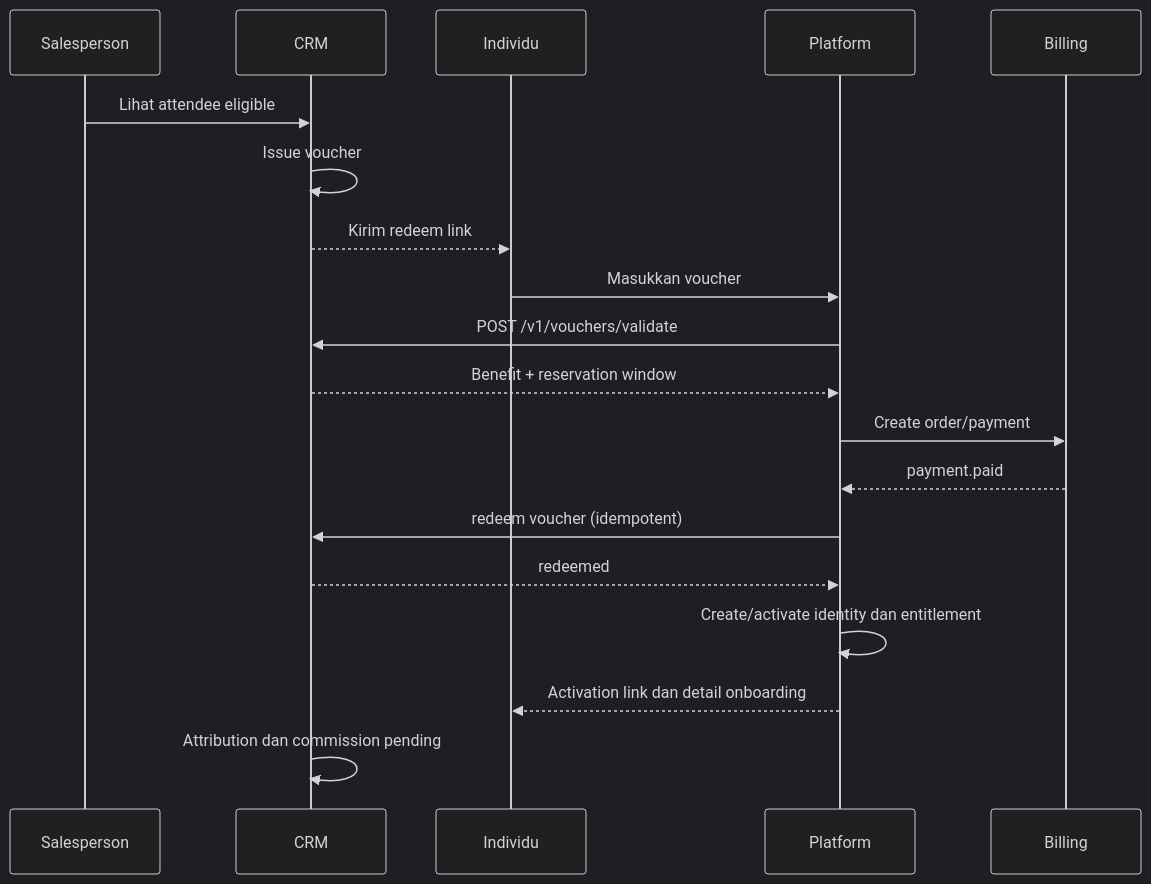
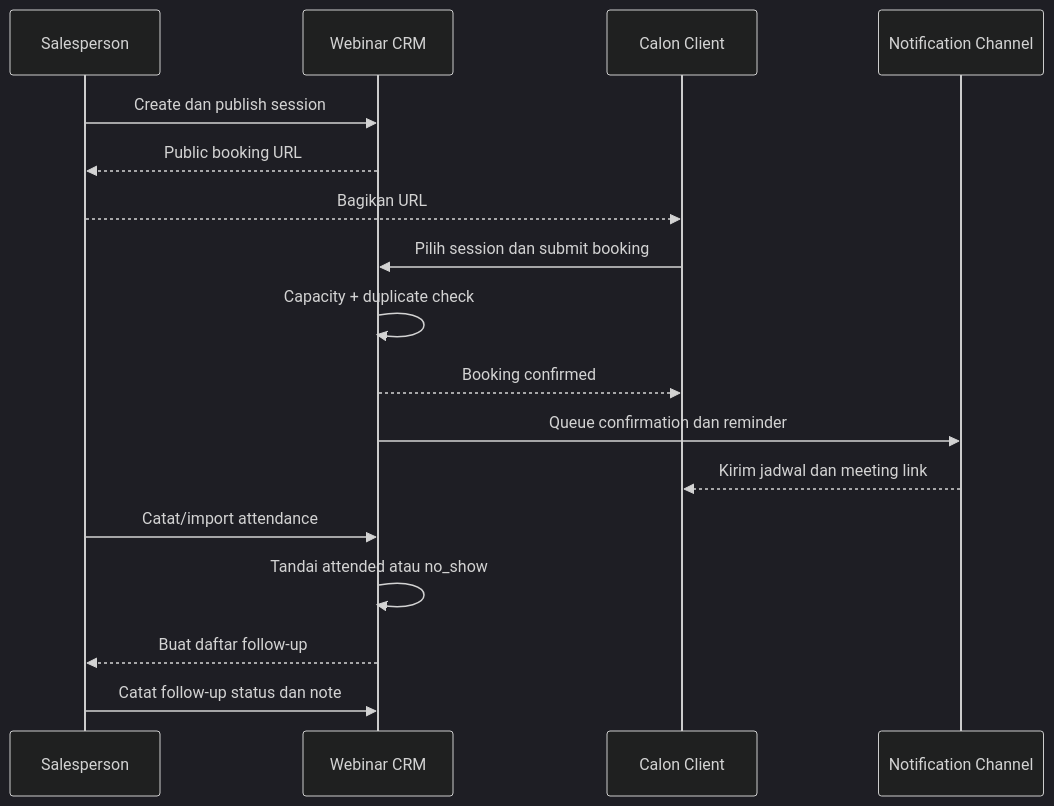
One commit to izestylusx/crm-sales-webinar-voucher changed the diagram in docs/02-mvp-scope-and-flows.md. Above: the diagram before and after it, drawn with Mermaid (dark theme). The commit also changed other lines of this file and 50 other files, not shown here.

````diff
--- a/docs/02-mvp-scope-and-flows.md
+++ b/docs/02-mvp-scope-and-flows.md
@@ -39,22 +55,20 @@
 ```mermaid
 sequenceDiagram
     participant SP as Salesperson
-    participant CRM as CRM
-    participant U as Individu
-    participant PLAT as Platform
-    participant BILL as Billing
+    participant CRM as Webinar CRM
+    participant C as Calon Client
+    participant N as Notification Channel
 
-    SP->>CRM: Lihat attendee eligible
-    CRM->>CRM: Issue voucher
-    CRM-->>U: Kirim redeem link
-    U->>PLAT: Masukkan voucher
-    PLAT->>CRM: POST /v1/vouchers/validate
-    CRM-->>PLAT: Benefit + reservation window
-    PLAT->>BILL: Create order/payment
-    BILL-->>PLAT: payment.paid
-    PLAT->>CRM: redeem voucher (idempotent)
-    CRM-->>PLAT: redeemed
-    PLAT->>PLAT: Create/activate identity dan entitlement
-    PLAT-->>U: Activation link dan detail onboarding
-    CRM->>CRM: Attribution dan commission pending
+    SP->>CRM: Create dan publish session
+    CRM-->>SP: Public booking URL
+    SP-->>C: Bagikan URL
+    C->>CRM: Pilih session dan submit booking
+    CRM->>CRM: Capacity + duplicate check
+    CRM-->>C: Booking confirmed
+    CRM->>N: Queue confirmation dan reminder
+    N-->>C: Kirim jadwal dan meeting link
+    SP->>CRM: Catat/import attendance
+    CRM->>CRM: Tandai attended atau no_show
+    CRM-->>SP: Buat daftar follow-up
+    SP->>CRM: Catat follow-up status dan note
 ```
````
